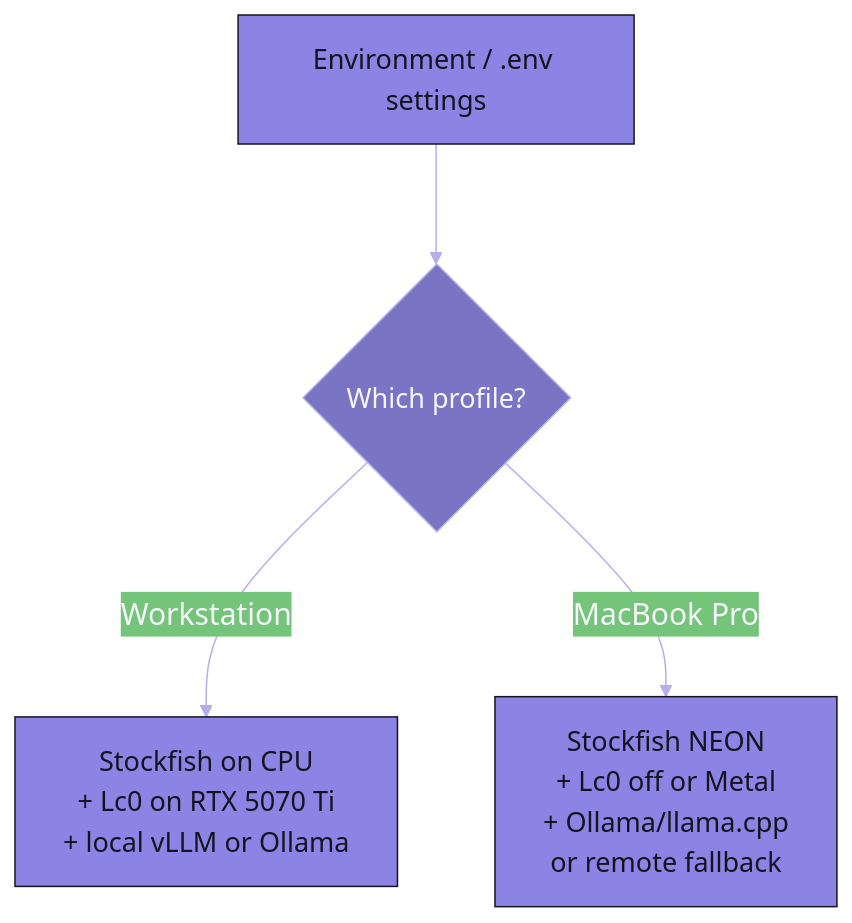
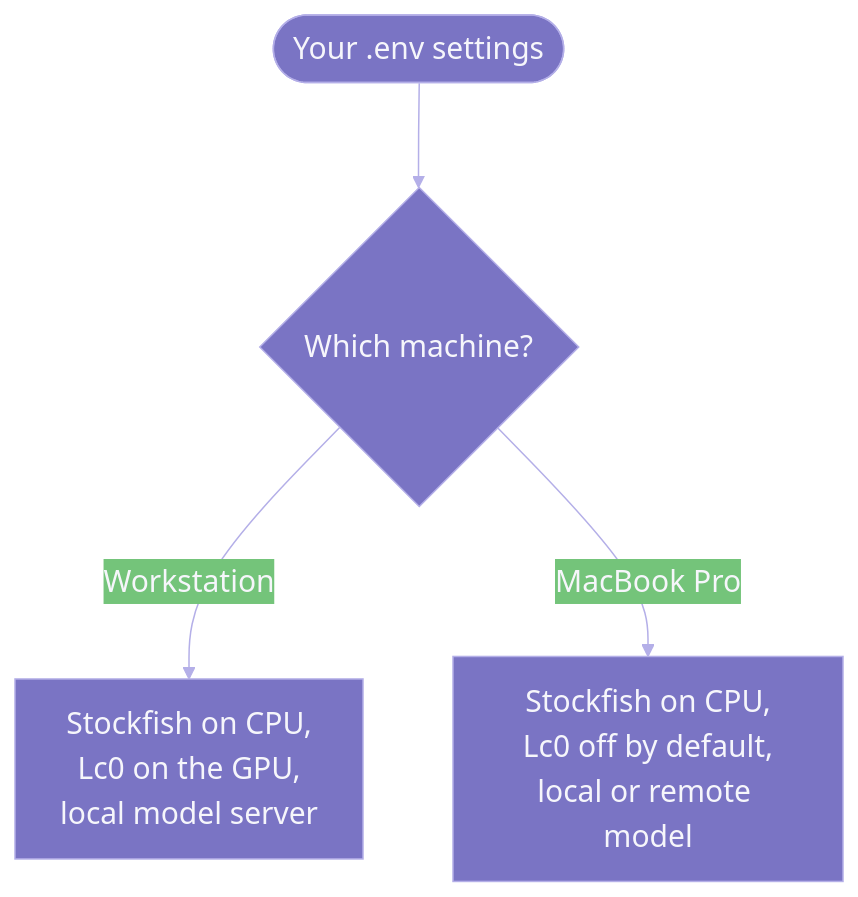
Before and after one commit to jconnors23/Dupont: the second of 2 diagrams in docs/architecture/design.md, drawn with Mermaid. The commit also changed other lines of this file and 22 other files, not shown here.

````diff
--- a/docs/architecture/design.md
+++ b/docs/architecture/design.md
@@ -96,12 +87,7 @@
 ```mermaid
-%%{init: {'theme':'base','themeVariables':{'fontSize':'20px','primaryColor':'#7a74c4','primaryTextColor':'#f6f6fb','primaryBorderColor':'#b4afe8','lineColor':'#b4afe8'},'flowchart':{'nodeSpacing':65,'rankSpacing':80,'padding':16}}}%%
+%%{init: {'theme':'base','themeVariables':{'fontSize':'20px','primaryColor':'#7a74c4','primaryTextColor':'#f6f6fb','primaryBorderColor':'#b4afe8','lineColor':'#b4afe8'},'flowchart':{'nodeSpacing':60,'rankSpacing':70}}}%%
 flowchart TB
-    ENV[Environment / .env settings] --> D{Which profile?}
-    D -->|Workstation| A[Stockfish on CPU<br/>+ Lc0 on RTX 5070 Ti<br/>+ local vLLM or Ollama]
-    D -->|MacBook Pro| B[Stockfish NEON<br/>+ Lc0 off or Metal<br/>+ Ollama/llama.cpp<br/>or remote fallback]
-
-    classDef io fill:#8b84e4,stroke:#15131f,color:#15131f,font-size:18px;
-    classDef dec fill:#7a74c4,stroke:#b4afe8,color:#f6f6fb,font-size:18px;
-    class ENV,A,B io;
-    class D dec;
+    ENV([Your .env settings]) --> D{Which machine?}
+    D -->|Workstation| A[Stockfish on CPU,<br/>Lc0 on the GPU,<br/>local model server]
+    D -->|MacBook Pro| B[Stockfish on CPU,<br/>Lc0 off by default,<br/>local or remote model]
 ```
````
